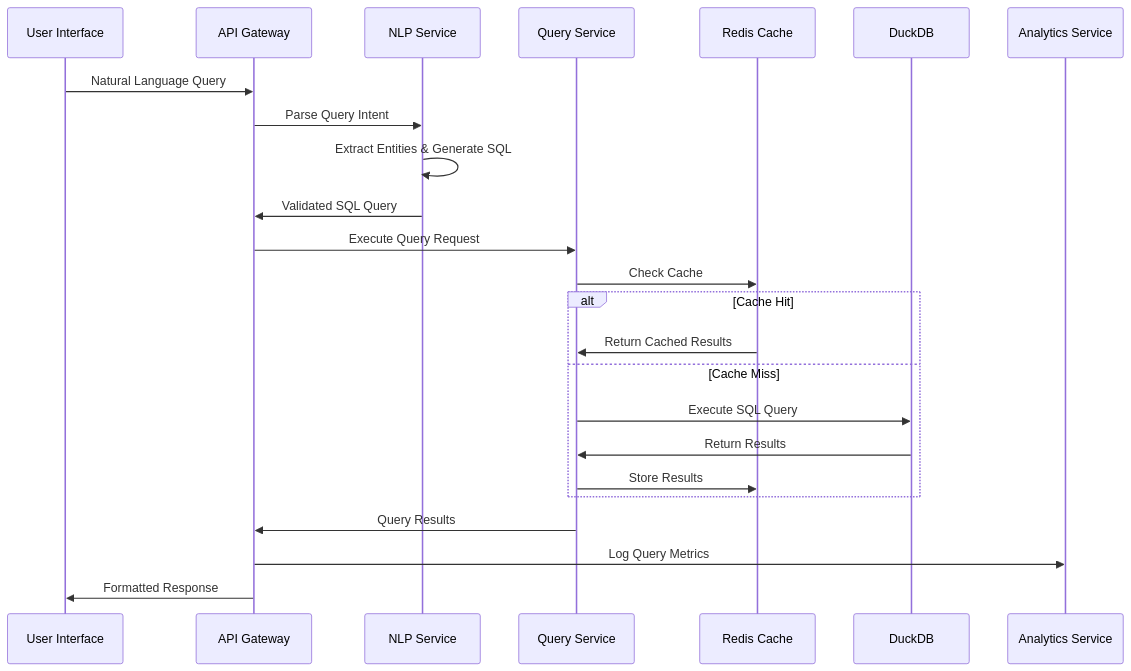
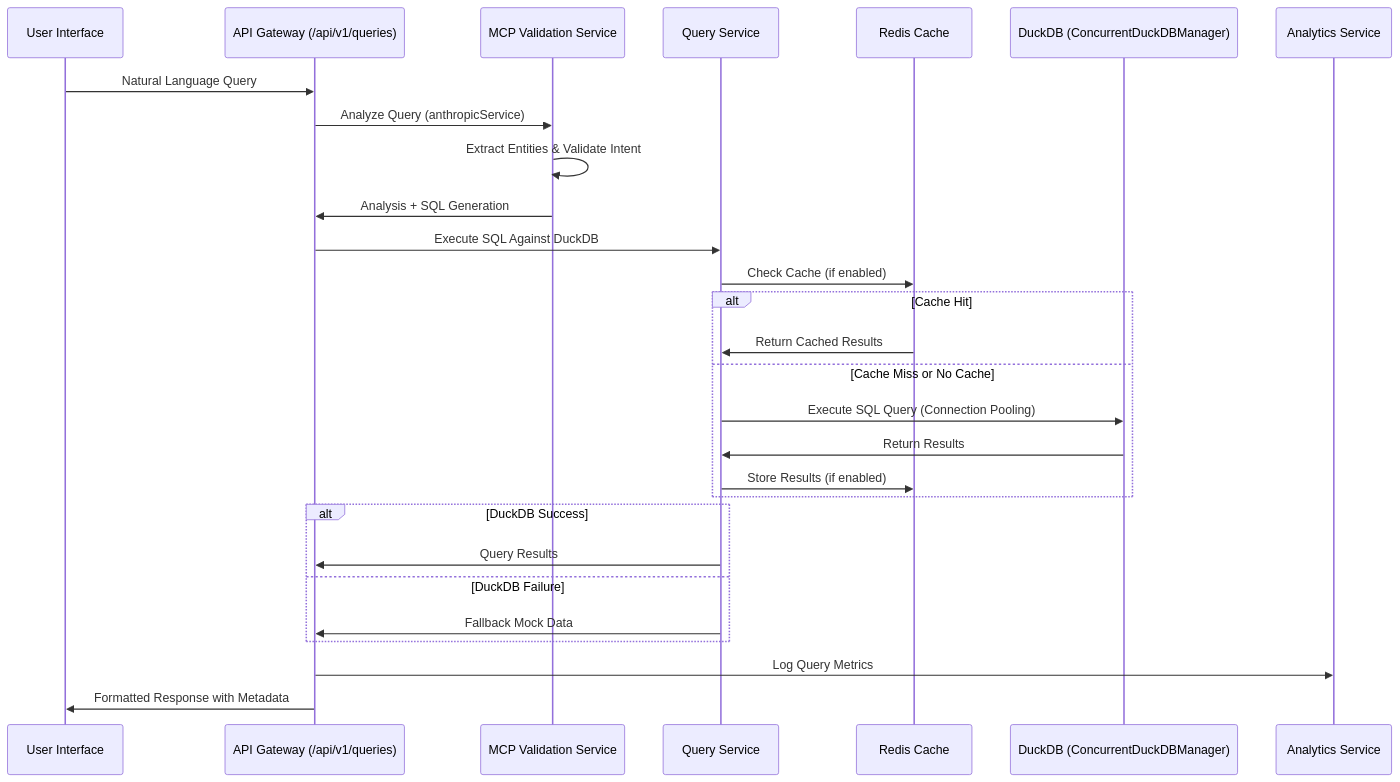
One commit to hollandkevint/CensusChat changed the second of 4 diagrams in docs/architecture/01-system-architecture.md. Above: the diagram before and after it, drawn with Mermaid. The commit also changed other lines of this file and 254 other files, not shown here.

````diff
--- a/docs/architecture/01-system-architecture.md
+++ b/docs/architecture/01-system-architecture.md
@@ -205,27 +209,31 @@
 ```mermaid
 sequenceDiagram
     participant User as User Interface
-    participant Gateway as API Gateway
-    participant NLP as NLP Service
+    participant Gateway as API Gateway (/api/v1/queries)
+    participant MCP as MCP Validation Service
     participant Query as Query Service
     participant Cache as Redis Cache
-    participant DB as DuckDB
+    participant DB as DuckDB (ConcurrentDuckDBManager)
     participant Analytics as Analytics Service
-    
+
     User->>Gateway: Natural Language Query
-    Gateway->>NLP: Parse Query Intent
-    NLP->>NLP: Extract Entities & Generate SQL
-    NLP->>Gateway: Validated SQL Query
-    Gateway->>Query: Execute Query Request
-    Query->>Cache: Check Cache
+    Gateway->>MCP: Analyze Query (anthropicService)
+    MCP->>MCP: Extract Entities & Validate Intent
+    MCP->>Gateway: Analysis + SQL Generation
+    Gateway->>Query: Execute SQL Against DuckDB
+    Query->>Cache: Check Cache (if enabled)
     alt Cache Hit
         Cache->>Query: Return Cached Results
-    else Cache Miss
-        Query->>DB: Execute SQL Query
+    else Cache Miss or No Cache
+        Query->>DB: Execute SQL Query (Connection Pooling)
         DB->>Query: Return Results
-        Query->>Cache: Store Results
+        Query->>Cache: Store Results (if enabled)
     end
-    Query->>Gateway: Query Results
+    alt DuckDB Success
+        Query->>Gateway: Query Results
+    else DuckDB Failure
+        Query->>Gateway: Fallback Mock Data
+    end
     Gateway->>Analytics: Log Query Metrics
-    Gateway->>User: Formatted Response
+    Gateway->>User: Formatted Response with Metadata
 ```
````
